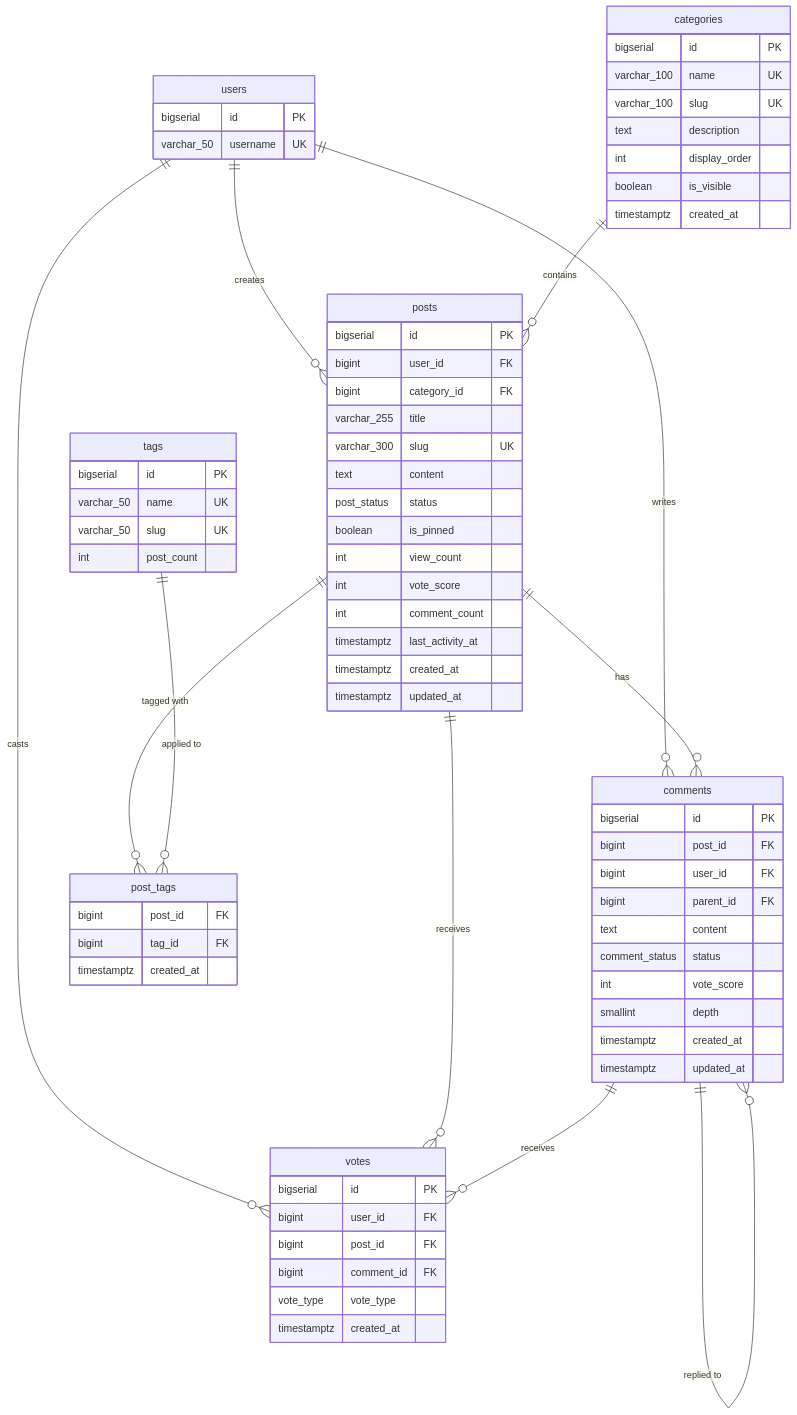
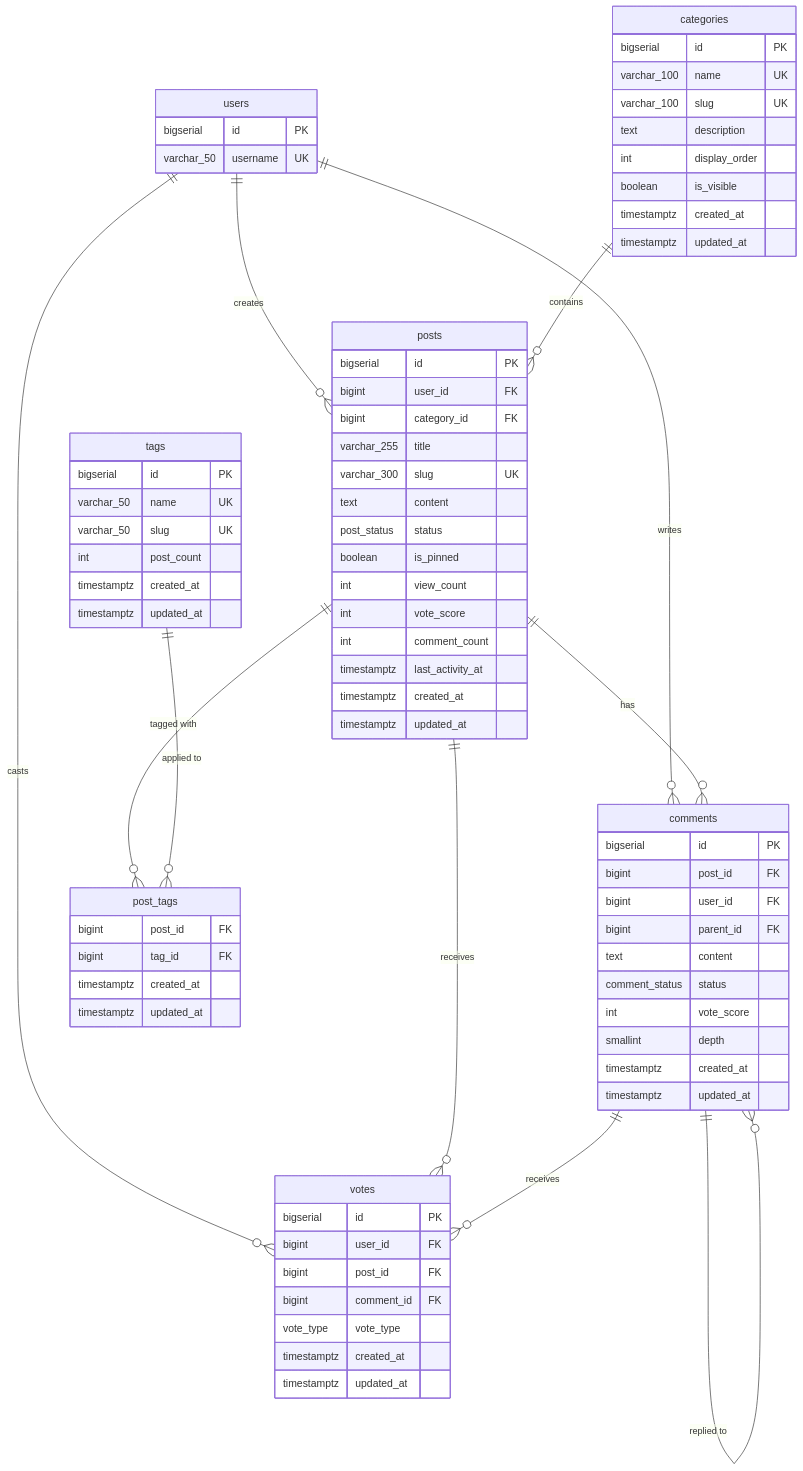
The diagram in docs/db-schema-forum.mmd (Project-Wdrozeniowy/Project-Wdrozeniowy), drawn with Mermaid before and after one commit. The commit also changed 13 other files, not shown here.

```diff
--- a/docs/db-schema-forum.mmd
+++ b/docs/db-schema-forum.mmd
@@ -1,78 +1,83 @@
 erDiagram
     users {
         bigserial id PK
         varchar_50 username UK
     }
 
     categories {
         bigserial id PK
         varchar_100 name UK
         varchar_100 slug UK
         text description
         int display_order
         boolean is_visible
         timestamptz created_at
+        timestamptz updated_at
     }
 
     posts {
         bigserial id PK
         bigint user_id FK
         bigint category_id FK
         varchar_255 title
         varchar_300 slug UK
         text content
         post_status status
         boolean is_pinned
         int view_count
         int vote_score
         int comment_count
         timestamptz last_activity_at
         timestamptz created_at
         timestamptz updated_at
     }
 
     comments {
         bigserial id PK
         bigint post_id FK
         bigint user_id FK
         bigint parent_id FK
         text content
         comment_status status
         int vote_score
         smallint depth
         timestamptz created_at
         timestamptz updated_at
     }
 
     tags {
         bigserial id PK
         varchar_50 name UK
         varchar_50 slug UK
         int post_count
+        timestamptz created_at
+        timestamptz updated_at
     }
 
     post_tags {
         bigint post_id FK
         bigint tag_id FK
         timestamptz created_at
+        timestamptz updated_at
     }
 
     votes {
         bigserial id PK
         bigint user_id FK
         bigint post_id FK
         bigint comment_id FK
         vote_type vote_type
         timestamptz created_at
+        timestamptz updated_at
     }
 
     users ||--o{ posts : "creates"
     users ||--o{ comments : "writes"
     users ||--o{ votes : "casts"
     categories ||--o{ posts : "contains"
     posts ||--o{ comments : "has"
     posts ||--o{ post_tags : "tagged with"
     posts ||--o{ votes : "receives"
     tags ||--o{ post_tags : "applied to"
     comments ||--o{ comments : "replied to"
     comments ||--o{ votes : "receives"
```
